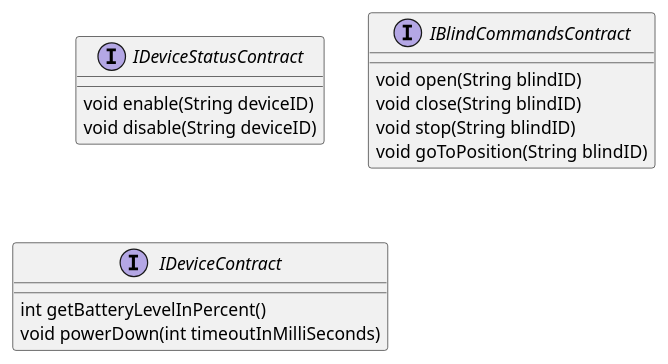
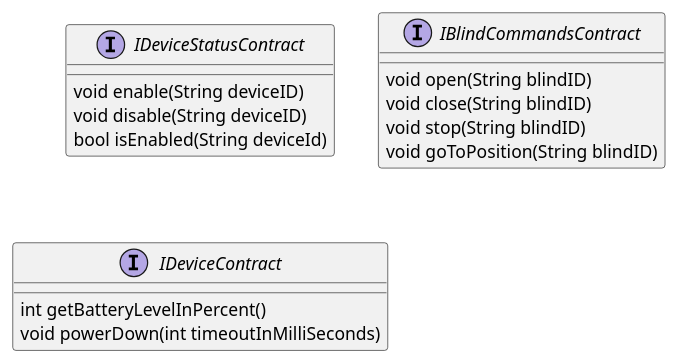
The diagram in documentation/diagrams/contracts.puml (k-phi/M5Core2BlindsController), drawn with PlantUML before and after one commit. The commit also changed 3 other files, not shown here.

Commit message:
Add component dependency chart

```diff
--- a/documentation/diagrams/contracts.puml
+++ b/documentation/diagrams/contracts.puml
@@ -1,20 +1,21 @@
 @startuml Contracts
 
 interface IDeviceStatusContract {
     void enable(String deviceID)
     void disable(String deviceID)
+    bool isEnabled(String deviceId)
 }
 
 interface IBlindCommandsContract {
     void open(String blindID)
     void close(String blindID)
     void stop(String blindID)
     void goToPosition(String blindID)
 }
 
 interface IDeviceContract {
     int getBatteryLevelInPercent()
     void powerDown(int timeoutInMilliSeconds)
 }
 
 @enduml
```
